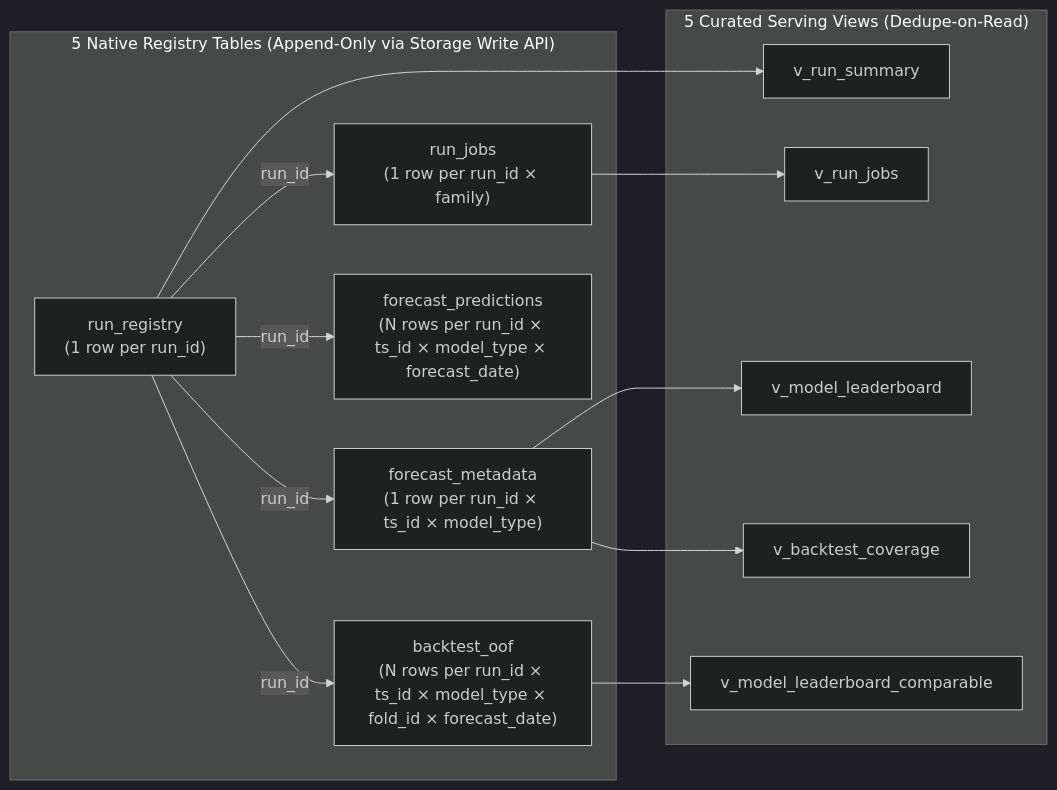
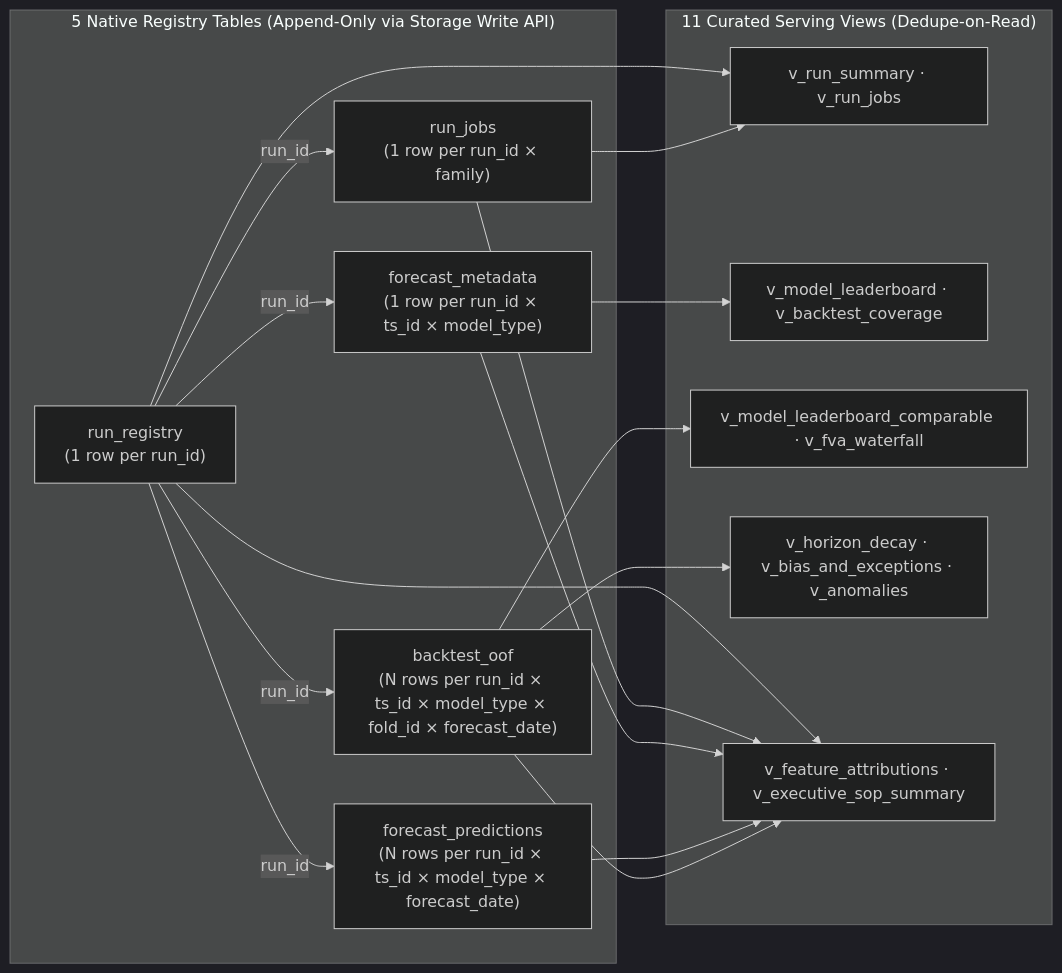
Before and after one commit to statmike/scale-forecasting: the diagram in docs/output_schemas.md, drawn with Mermaid (dark theme). The commit also changed other lines of this file and 92 other files, not shown here.

````diff
--- a/docs/output_schemas.md
+++ b/docs/output_schemas.md
@@ -26,22 +26,23 @@
 ```mermaid
 flowchart LR
     subgraph Tables["5 Native Registry Tables (Append-Only via Storage Write API)"]
         RR["run_registry<br/>(1 row per run_id)"]
         RJ["run_jobs<br/>(1 row per run_id × family)"]
         FM["forecast_metadata<br/>(1 row per run_id × ts_id × model_type)"]
         FP["forecast_predictions<br/>(N rows per run_id × ts_id × model_type × forecast_date)"]
         BO["backtest_oof<br/>(N rows per run_id × ts_id × model_type × fold_id × forecast_date)"]
         RR -->|"run_id"| RJ & FM & FP & BO
     end
-    subgraph Views["5 Curated Serving Views (Dedupe-on-Read)"]
-        VRS["v_run_summary"]
-        VRJ["v_run_jobs"]
-        VML["v_model_leaderboard"]
-        VBC["v_backtest_coverage"]
-        VMC["v_model_leaderboard_comparable"]
+    subgraph Views["11 Curated Serving Views (Dedupe-on-Read)"]
+        VRS["v_run_summary · v_run_jobs"]
+        VML["v_model_leaderboard · v_backtest_coverage"]
+        VMC["v_model_leaderboard_comparable · v_fva_waterfall"]
+        VDG["v_horizon_decay · v_bias_and_exceptions · v_anomalies"]
+        VEX["v_feature_attributions · v_executive_sop_summary"]
     end
-    RR --> VRS
-    RJ --> VRJ
-    FM --> VML & VBC
-    BO --> VMC
+    RR --> VRS & VEX
+    RJ --> VRS & VEX
+    FM --> VML & VEX
+    FP --> VEX
+    BO --> VMC & VDG & VEX
 ```
````
